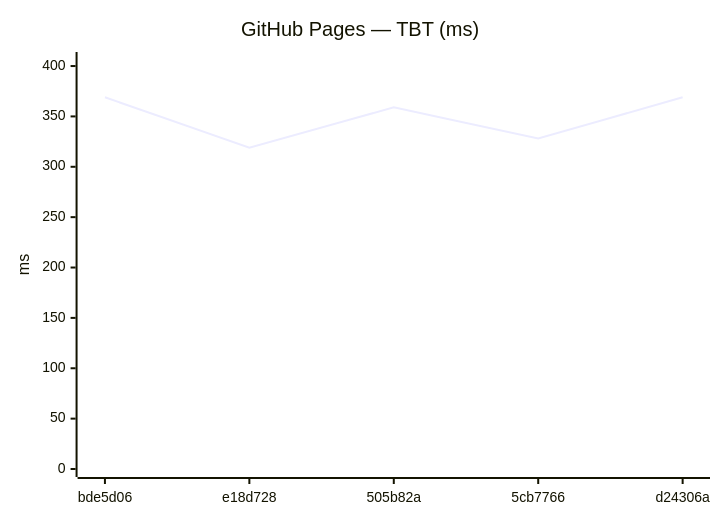
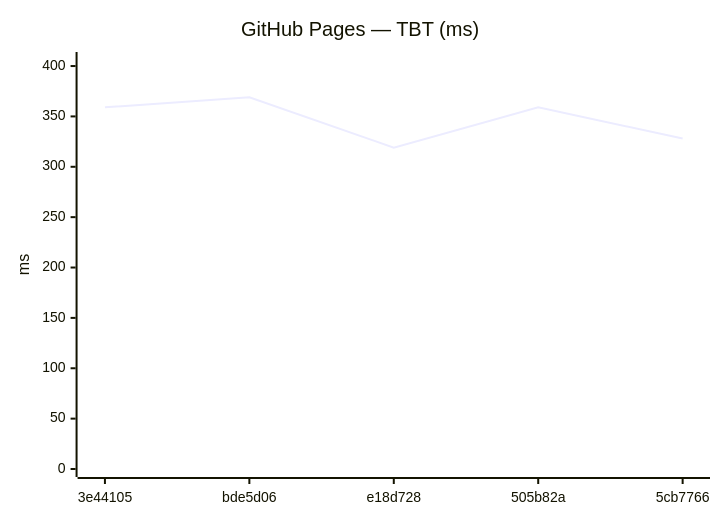
One commit to Metaheurist/Rianell changed the tenth of 18 diagrams in benchmarks/compare.md. Above: the diagram before and after it, drawn with Mermaid. The commit also changed other lines of this file and 11 other files, not shown here.

````diff
--- a/benchmarks/compare.md
+++ b/benchmarks/compare.md
@@ -149,7 +149,7 @@
 ```mermaid
 xychart-beta
     title "GitHub Pages — TBT (ms)"
-    x-axis ["bde5d06", "e18d728", "505b82a", "5cb7766", "d24306a"]
+    x-axis ["3e44105", "bde5d06", "e18d728", "505b82a", "5cb7766"]
     y-axis "ms" 0 --> 406
-    line [369, 319, 359, 328, 369]
+    line [359, 369, 319, 359, 328]
 ```
````
